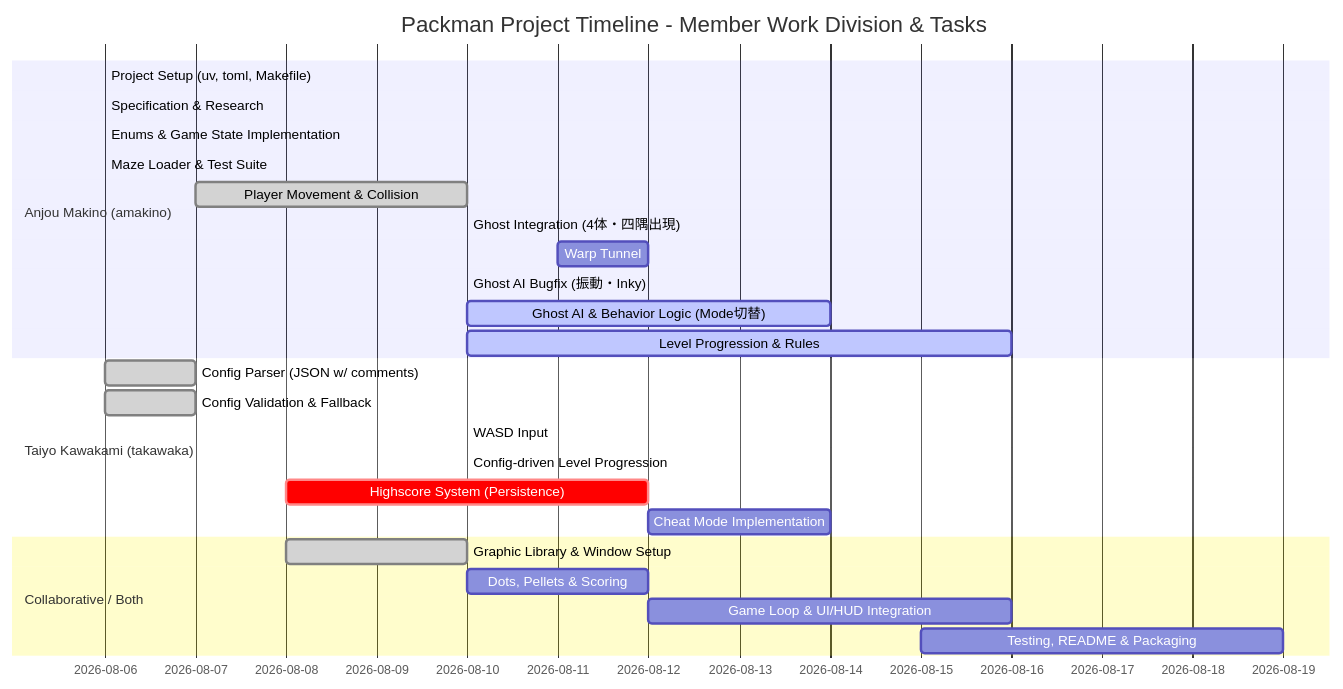
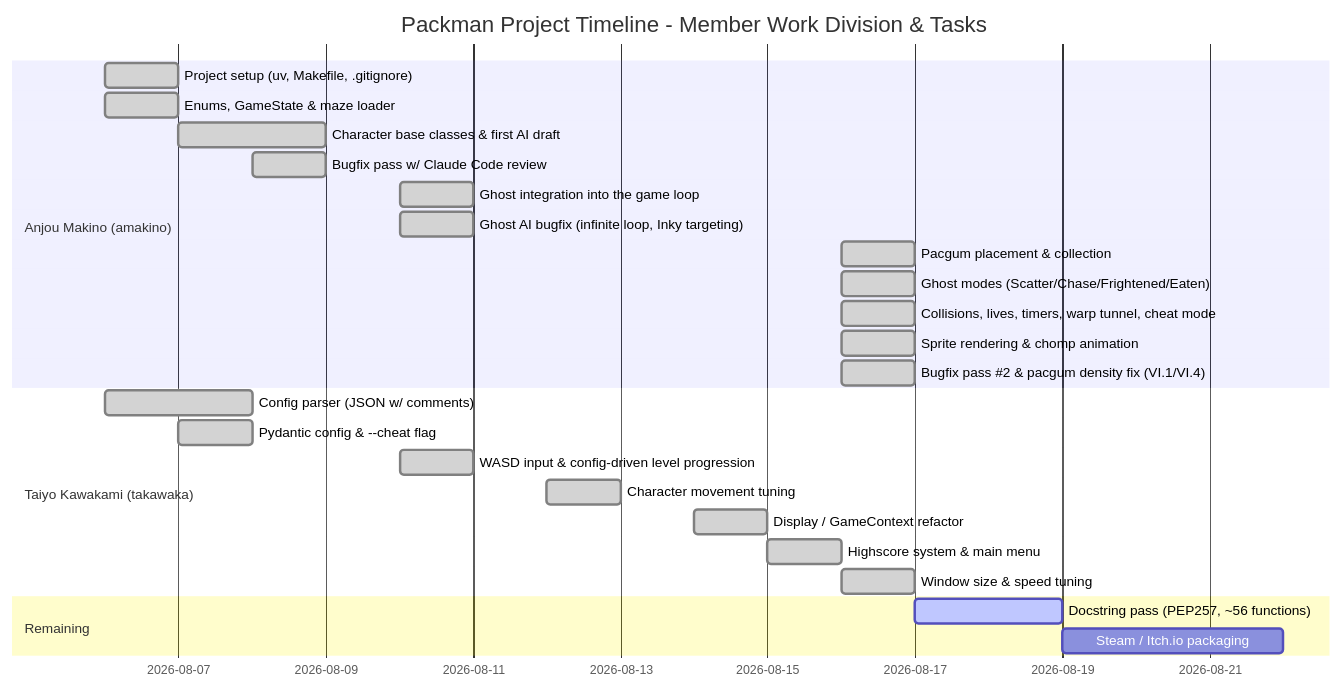
One commit to anju0618/Pacman changed the diagram in management/gant.md. Above: the diagram before and after it, drawn with Mermaid. The commit also changed other lines of this file and 6 other files, not shown here.

First line of the commit message:
Fill most corridors with pacgums, refresh docs, restore config.json

````diff
--- a/management/gant.md
+++ b/management/gant.md
@@ -14,31 +19,31 @@
 ```mermaid
 gantt
     title Packman Project Timeline - Member Work Division & Tasks
     dateFormat  YYYY-MM-DD
 
     section Anjou Makino (amakino)
-    Project Setup (uv, toml, Makefile) :done, a1, 2026-08-06, 2026-08-06
-    Specification & Research           :done, a2, 2026-08-06, 2026-08-06
-    Enums & Game State Implementation  :done, a3, 2026-08-06, 2026-08-06
-    Maze Loader & Test Suite           :done, a4, 2026-08-06, 2026-08-06
-    Player Movement & Collision        :done, a5, 2026-08-07, 2026-08-10
-    Ghost Integration (4体・四隅出現)   :done, a5b, 2026-08-10, 2026-08-10
-    Warp Tunnel                        :        a5c, 2026-08-11, 2026-08-12
-    Ghost AI Bugfix (振動・Inky)        :done, a6a, 2026-08-10, 2026-08-10
-    Ghost AI & Behavior Logic (Mode切替) :active, a6, 2026-08-10, 2026-08-14
-    Level Progression & Rules          :active, a7, 2026-08-10, 2026-08-16
+    Project setup (uv, Makefile, .gitignore)          :done, a1, 2026-08-06, 1d
+    Enums, GameState & maze loader                     :done, a2, 2026-08-06, 1d
+    Character base classes & first AI draft            :done, a3, 2026-08-07, 2d
+    Bugfix pass w/ Claude Code review                  :done, a4, 2026-08-08, 1d
+    Ghost integration into the game loop               :done, a5, 2026-08-10, 1d
+    Ghost AI bugfix (infinite loop, Inky targeting)    :done, a6, 2026-08-10, 1d
+    Pacgum placement & collection                       :done, a7, 2026-08-16, 1d
+    Ghost modes (Scatter/Chase/Frightened/Eaten)        :done, a8, 2026-08-16, 1d
+    Collisions, lives, timers, warp tunnel, cheat mode  :done, a9, 2026-08-16, 1d
+    Sprite rendering & chomp animation                    :done, a10, 2026-08-16, 1d
+    Bugfix pass #2 & pacgum density fix (VI.1/VI.4)        :done, a11, 2026-08-16, 1d
 
     section Taiyo Kawakami (takawaka)
-    Config Parser (JSON w/ comments)   :done, t1, 2026-08-06, 2026-08-07
-    Config Validation & Fallback       :done, t2, 2026-08-06, 2026-08-07
-    WASD Input                         :done, t2b, 2026-08-10, 2026-08-10
-    Config-driven Level Progression    :done, t2c, 2026-08-10, 2026-08-10
-    Highscore System (Persistence)     :crit, t3, 2026-08-08, 2026-08-12
-    Cheat Mode Implementation          :        t4, 2026-08-12, 2026-08-14
+    Config parser (JSON w/ comments)                   :done, t1, 2026-08-06, 2d
+    Pydantic config & --cheat flag                       :done, t2, 2026-08-07, 1d
+    WASD input & config-driven level progression         :done, t3, 2026-08-10, 1d
+    Character movement tuning                             :done, t4, 2026-08-12, 1d
+    Display / GameContext refactor                          :done, t5, 2026-08-14, 1d
+    Highscore system & main menu                             :done, t6, 2026-08-15, 1d
+    Window size & speed tuning                                :done, t7, 2026-08-16, 1d
 
-    section Collaborative / Both
-    Graphic Library & Window Setup     :done, j1, 2026-08-08, 2026-08-10
-    Dots, Pellets & Scoring            :        j1b, 2026-08-10, 2026-08-12
-    Game Loop & UI/HUD Integration     :        j2, 2026-08-12, 2026-08-16
-    Testing, README & Packaging        :        j3, 2026-08-15, 2026-08-19
+    section Remaining
+    Docstring pass (PEP257, ~56 functions)                     :active, r1, 2026-08-17, 2d
+    Steam / Itch.io packaging                                    :r2, after r1, 3d
 ```
````
